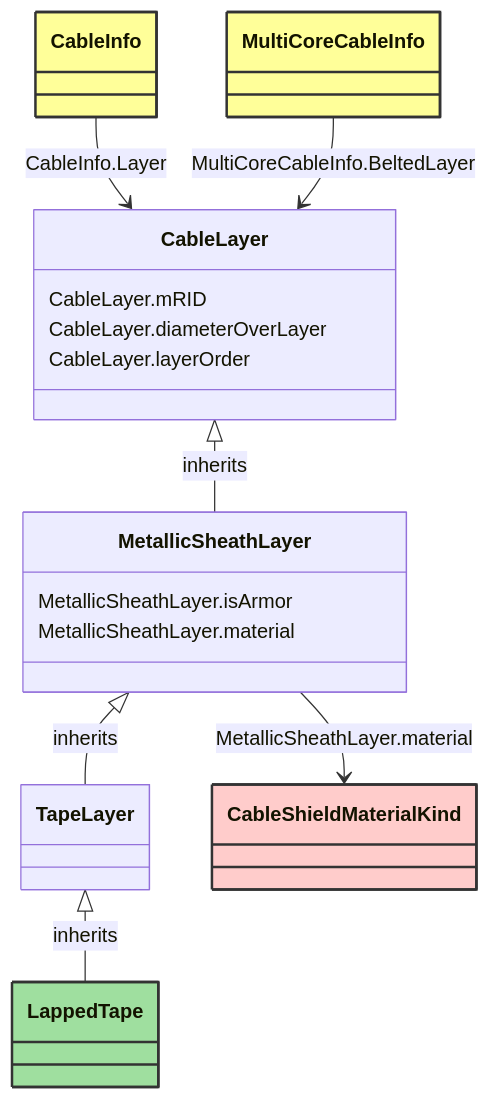
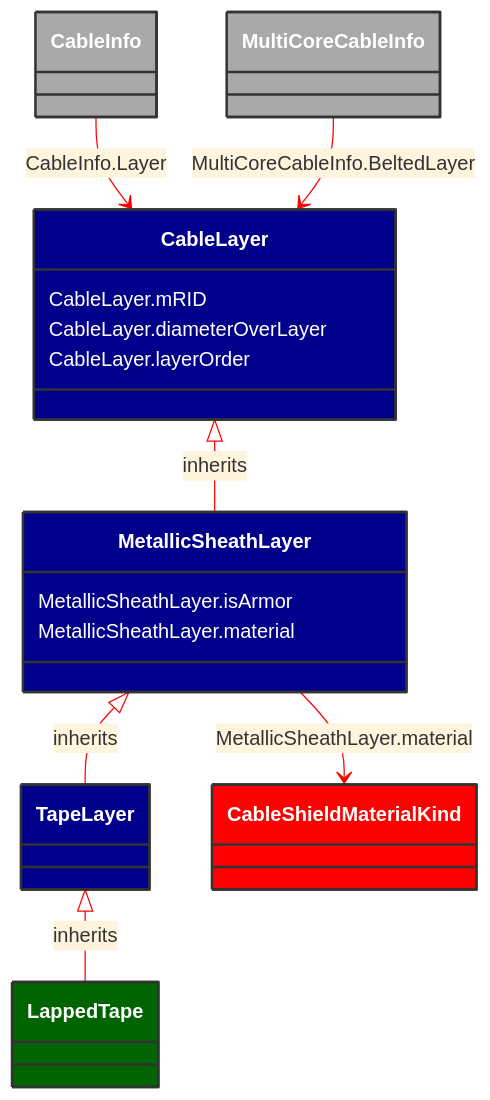
The diagram in docs/Models/Profiles/SubseaCableInfo/ConcreteClasses/LappedTape.md (3lbits/NoCIMExtensions), drawn with Mermaid before and after one commit. The commit also changed 58 other files, not shown here.

````diff
--- a/docs/Models/Profiles/SubseaCableInfo/ConcreteClasses/LappedTape.md
+++ b/docs/Models/Profiles/SubseaCableInfo/ConcreteClasses/LappedTape.md
@@ -8,47 +8,48 @@
 ```mermaid
+%%{init: {'theme':'base','themeVariables': {'lineColor': '#FF0000'}}}%%
 classDiagram
     class LappedTape
     click LappedTape href "/Models/Profiles/SubseaCableInfo/ConcreteClasses/LappedTape/"
-    style LappedTape fill:#9fdf9f,stroke:#333,stroke-width:2px,rx:10,ry:10
+    style LappedTape fill:#006400,stroke:#333,stroke-width:2px,rx:10,ry:10,color:white
 
         TapeLayer <|-- LappedTape : inherits
             click TapeLayer href "/Models/Profiles/SubseaCableInfo/ConcreteClasses/TapeLayer/"
-            style TapeLayer rx:10,ry:10
+            style TapeLayer fill:#00008B,stroke:#333,stroke-width:2px,rx:10,ry:10,color:white
 
         LappedTape
             click LappedTape href "/Models/Profiles/SubseaCableInfo/ConcreteClasses/LappedTape/"
-            style LappedTape rx:10,ry:10
+            style TapeLayer fill:#00008B,stroke:#333,stroke-width:2px,rx:10,ry:10,color:white
 
         MetallicSheathLayer <|-- TapeLayer : inherits
             click MetallicSheathLayer href "/Models/Profiles/SubseaCableInfo/ConcreteClasses/MetallicSheathLayer/"
-            style MetallicSheathLayer rx:10,ry:10
+            style MetallicSheathLayer fill:#00008B,stroke:#333,stroke-width:2px,rx:10,ry:10,color:white
 
         CableLayer <|-- MetallicSheathLayer : inherits
             click CableLayer href "/Models/Profiles/SubseaCableInfo/AbstractClasses/CableLayer/"
-            style CableLayer rx:10,ry:10
+            style CableLayer fill:#00008B,stroke:#333,stroke-width:2px,rx:10,ry:10,color:white
 
 
         CableInfo --> CableLayer : CableInfo.Layer
 
         CableInfo
             click CableInfo href "/Models/Profiles/SubseaCableInfo/ConcreteClasses/CableInfo/"
-            style CableInfo fill:#ffff99,stroke:#333,stroke-width:2px,rx:10,ry:10
+            style CableInfo fill:#A9A9A9,stroke:#333,stroke-width:2px,rx:10,ry:10,color:white
 
         MultiCoreCableInfo --> CableLayer : MultiCoreCableInfo.BeltedLayer
 
         MultiCoreCableInfo
             click MultiCoreCableInfo href "/Models/Profiles/SubseaCableInfo/ConcreteClasses/MultiCoreCableInfo/"
-            style MultiCoreCableInfo fill:#ffff99,stroke:#333,stroke-width:2px,rx:10,ry:10
+            style MultiCoreCableInfo fill:#A9A9A9,stroke:#333,stroke-width:2px,rx:10,ry:10,color:white
 
         MetallicSheathLayer --> CableShieldMaterialKind : MetallicSheathLayer.material
 
         CableShieldMaterialKind
             click CableShieldMaterialKind href "/Models/Profiles/SubseaCableInfo/Enumerations/CableShieldMaterialKind/"
-            style CableShieldMaterialKind fill:#FFCCCB,stroke:#333,stroke-width:2px,rx:10,ry:10
+            style CableShieldMaterialKind fill:#FF0000,stroke:#333,stroke-width:2px,rx:10,ry:10,color:white
 
         MetallicSheathLayer : MetallicSheathLayer.isArmor
         MetallicSheathLayer : MetallicSheathLayer.material
         CableLayer : CableLayer.mRID
         CableLayer : CableLayer.diameterOverLayer
         CableLayer : CableLayer.layerOrder
 ```
````
